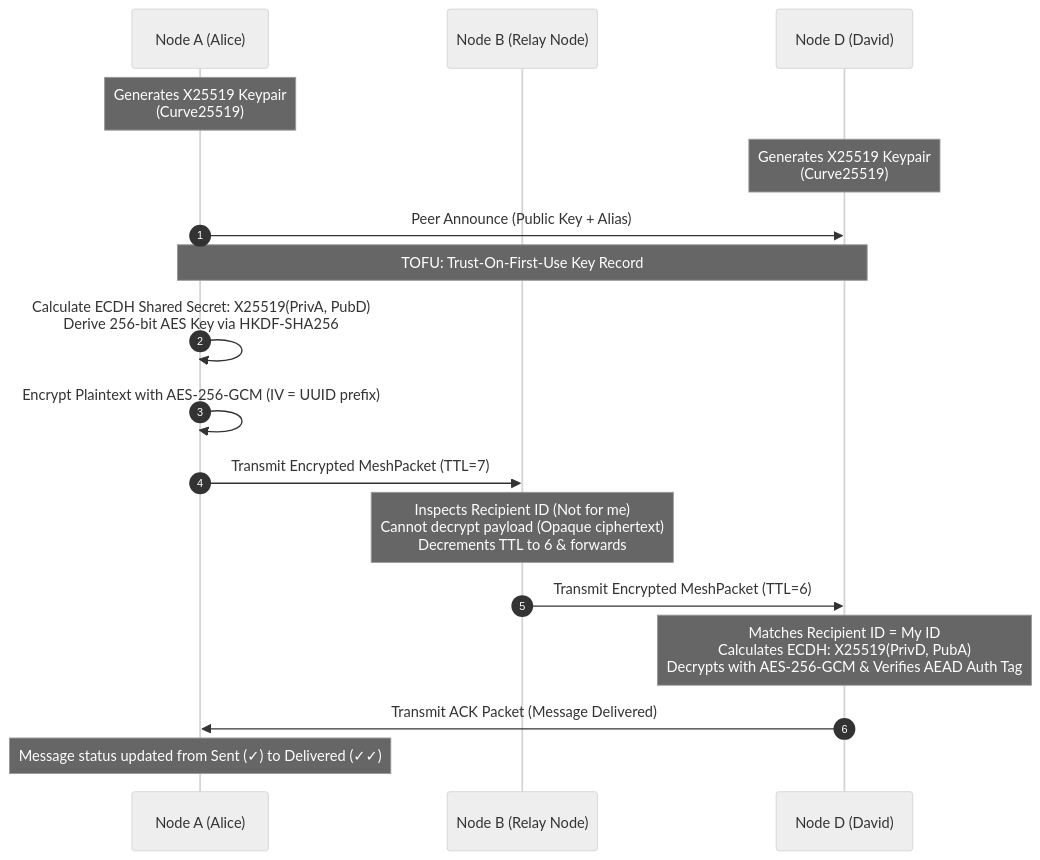
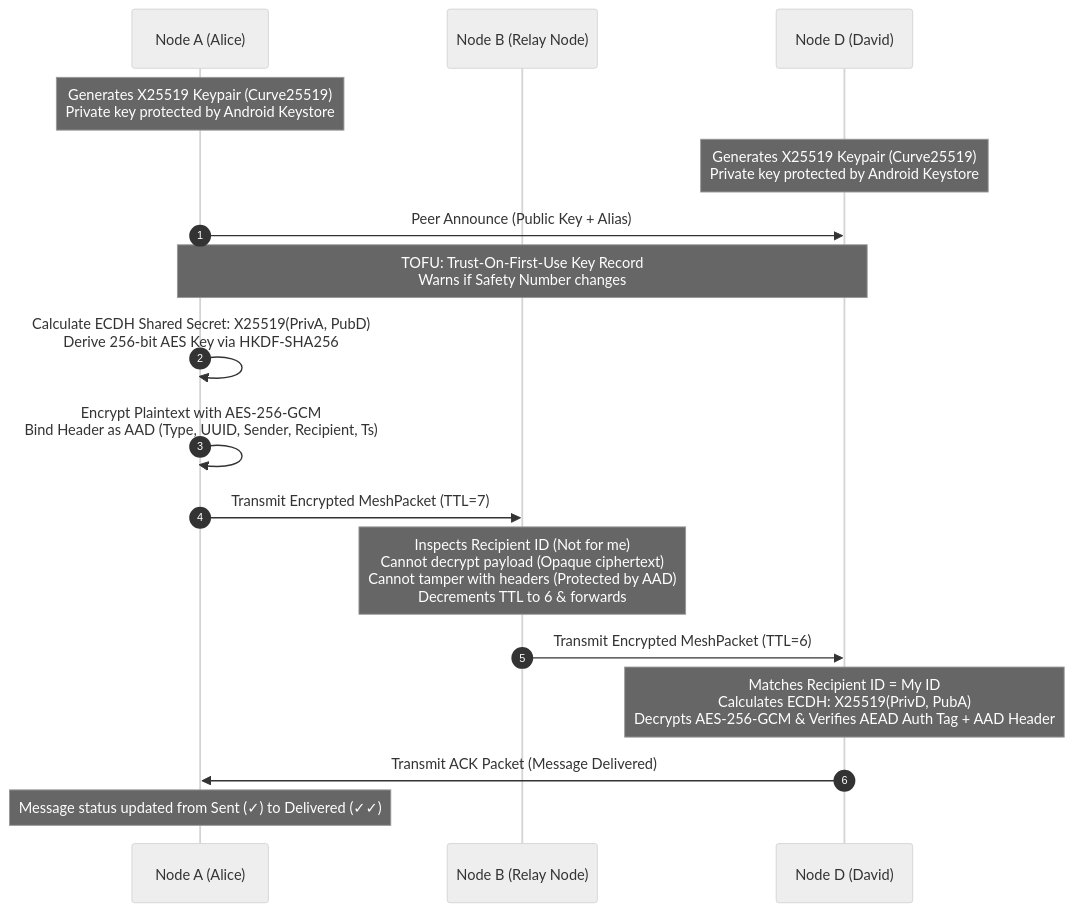
The second of 2 diagrams in README.md (gintama1018/BIT-FOR-US), drawn with Mermaid (neutral theme) before and after one commit. The commit also changed other lines of this file and 14 other files, not shown here.

Commit message:
feat(security): WhatsApp/Signal-grade hardening, AEAD header AAD binding, Keystore encryption, MTU tracking, and TOFU safety alerts

````diff
--- a/README.md
+++ b/README.md
@@ -120,24 +124,24 @@
 ```mermaid
 sequenceDiagram
     autonumber
     participant NodeA as Node A (Alice)
     participant Relay as Node B (Relay Node)
     participant NodeD as Node D (David)
 
-    Note over NodeA: Generates X25519 Keypair<br/>(Curve25519)
-    Note over NodeD: Generates X25519 Keypair<br/>(Curve25519)
+    Note over NodeA: Generates X25519 Keypair (Curve25519)<br/>Private key protected by Android Keystore
+    Note over NodeD: Generates X25519 Keypair (Curve25519)<br/>Private key protected by Android Keystore
 
     NodeA->>NodeD: Peer Announce (Public Key + Alias)
-    Note over NodeA,NodeD: TOFU: Trust-On-First-Use Key Record
+    Note over NodeA,NodeD: TOFU: Trust-On-First-Use Key Record<br/>Warns if Safety Number changes
 
     NodeA->>NodeA: Calculate ECDH Shared Secret: X25519(PrivA, PubD)<br/>Derive 256-bit AES Key via HKDF-SHA256
-    NodeA->>NodeA: Encrypt Plaintext with AES-256-GCM (IV = UUID prefix)
+    NodeA->>NodeA: Encrypt Plaintext with AES-256-GCM<br/>Bind Header as AAD (Type, UUID, Sender, Recipient, Ts)
 
     NodeA->>Relay: Transmit Encrypted MeshPacket (TTL=7)
-    Note over Relay: Inspects Recipient ID (Not for me)<br/>Cannot decrypt payload (Opaque ciphertext)<br/>Decrements TTL to 6 & forwards
+    Note over Relay: Inspects Recipient ID (Not for me)<br/>Cannot decrypt payload (Opaque ciphertext)<br/>Cannot tamper with headers (Protected by AAD)<br/>Decrements TTL to 6 & forwards
     Relay->>NodeD: Transmit Encrypted MeshPacket (TTL=6)
 
-    Note over NodeD: Matches Recipient ID = My ID<br/>Calculates ECDH: X25519(PrivD, PubA)<br/>Decrypts with AES-256-GCM & Verifies AEAD Auth Tag
+    Note over NodeD: Matches Recipient ID = My ID<br/>Calculates ECDH: X25519(PrivD, PubA)<br/>Decrypts AES-256-GCM & Verifies AEAD Auth Tag + AAD Header
     NodeD->>NodeA: Transmit ACK Packet (Message Delivered)
     Note over NodeA: Message status updated from Sent (✓) to Delivered (✓✓)
 ```
````
